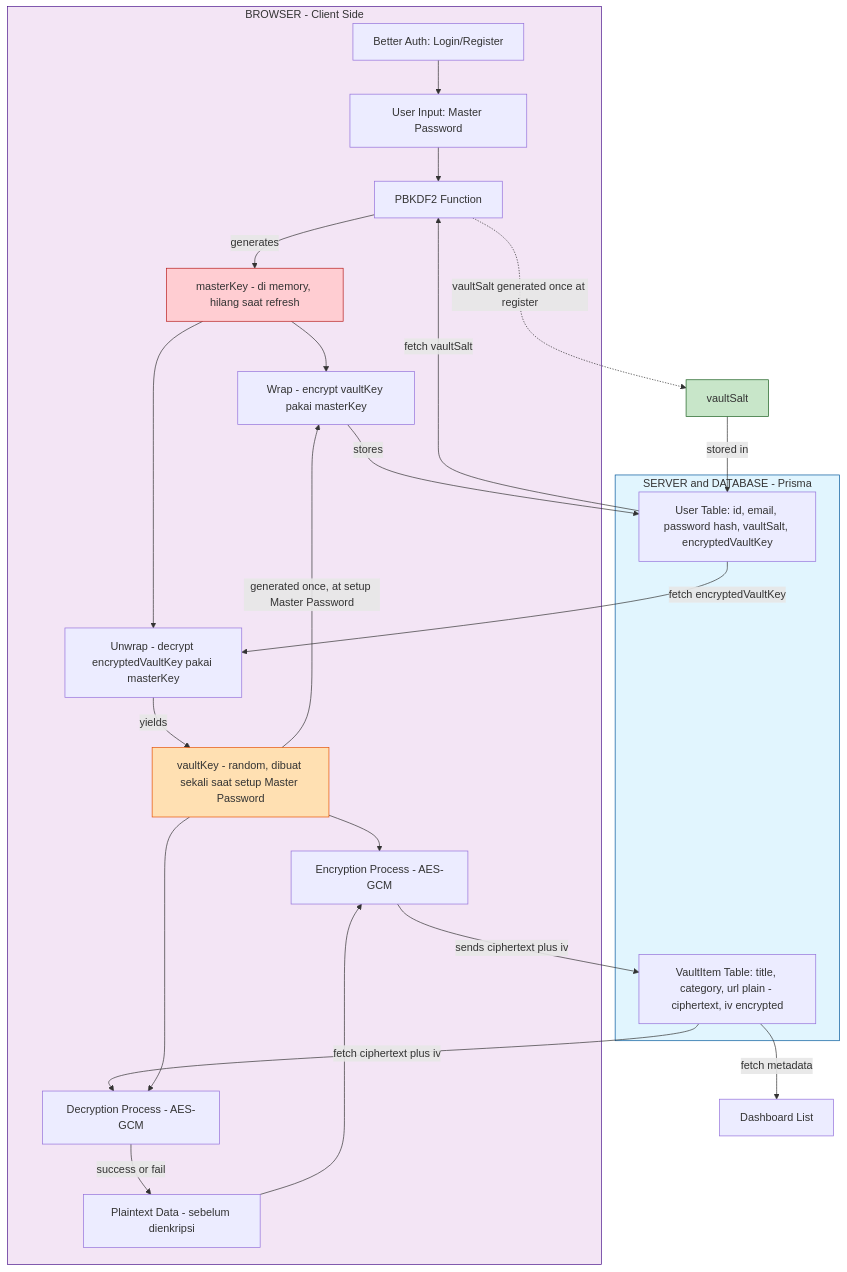
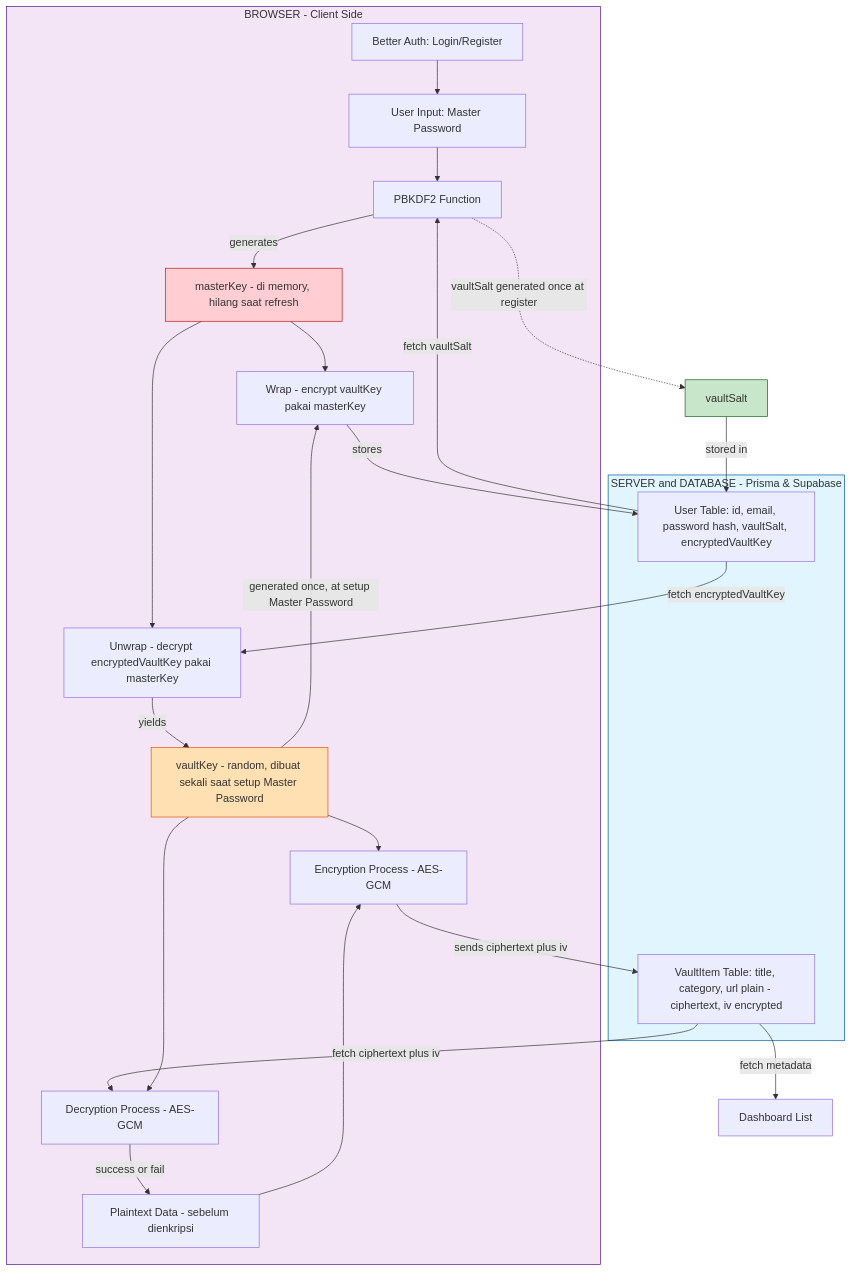
The diagram in README.md (san64byte/centinela), drawn with Mermaid before and after one commit. The commit also changed other lines of this file and 1 other file, not shown here.

````diff
--- a/README.md
+++ b/README.md
@@ -23,49 +26,49 @@
 ```mermaid
 graph TD
     subgraph Client["BROWSER - Client Side"]
         Auth["Better Auth: Login/Register"]
         MP_Input["User Input: Master Password"]
         PBKDF2["PBKDF2 Function"]
         MK["masterKey - di memory, hilang saat refresh"]
         VaultKeyGen["vaultKey - random, dibuat sekali saat setup Master Password"]
         Wrap["Wrap - encrypt vaultKey pakai masterKey"]
         Unwrap["Unwrap - decrypt encryptedVaultKey pakai masterKey"]
         PlainData["Plaintext Data - sebelum dienkripsi"]
         Encrypt_Proc["Encryption Process - AES-GCM"]
         Decrypt_Proc["Decryption Process - AES-GCM"]
     end
-    subgraph Server["SERVER and DATABASE - Prisma"]
+    subgraph Server["SERVER and DATABASE - Prisma & Supabase"]
         UserTable["User Table: id, email, password hash, vaultSalt, encryptedVaultKey"]
         VaultTable["VaultItem Table: title, category, url plain - ciphertext, iv encrypted"]
     end
 
     Auth --> MP_Input
     MP_Input --> PBKDF2
     PBKDF2 -->|generates| MK
     PBKDF2 -.->|vaultSalt generated once at register| VS_Gen["vaultSalt"]
     VS_Gen -->|stored in| UserTable
 
     VaultKeyGen -->|generated once, at setup Master Password| Wrap
     MK --> Wrap
     Wrap -->|stores| UserTable
 
     UserTable -->|fetch vaultSalt| PBKDF2
     UserTable -->|fetch encryptedVaultKey| Unwrap
     MK --> Unwrap
     Unwrap -->|yields| VaultKeyGen
 
     PlainData --> Encrypt_Proc
     VaultKeyGen --> Encrypt_Proc
     Encrypt_Proc -->|sends ciphertext plus iv| VaultTable
 
     VaultTable -->|fetch metadata| Dashboard["Dashboard List"]
     VaultTable -->|fetch ciphertext plus iv| Decrypt_Proc
     VaultKeyGen --> Decrypt_Proc
     Decrypt_Proc -->|success or fail| PlainData
 
     style MK fill:#ffcdd2,stroke:#b71c1c
     style VaultKeyGen fill:#ffe0b2,stroke:#e65100
     style VS_Gen fill:#c8e6c9,stroke:#1b5e20
     style Client fill:#f3e5f5,stroke:#4a148c
     style Server fill:#e1f5fe,stroke:#01579b
 ```
````
